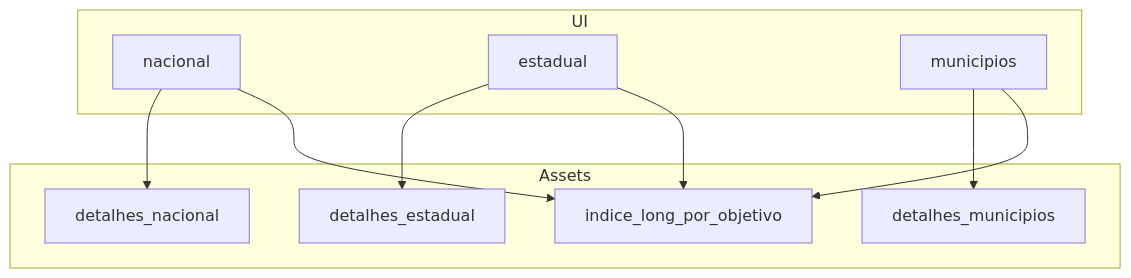
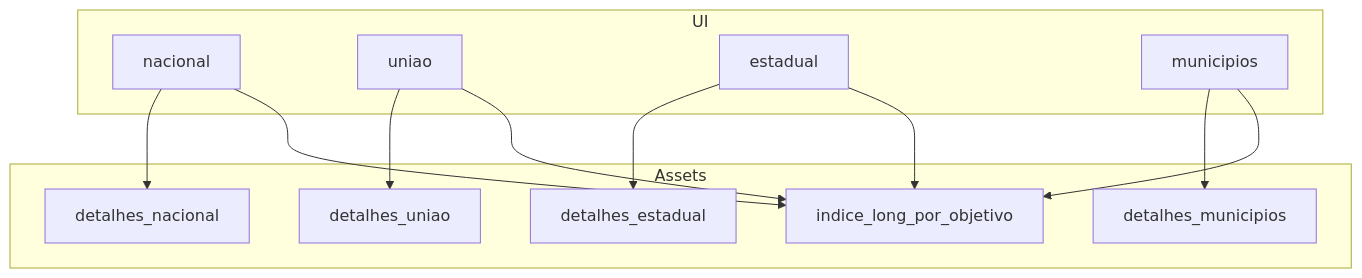
One commit to obsgovdigital/observatorio-gov-digital changed the first of 2 diagrams in docs/03-dados/escopos-e-schema.md. Above: the diagram before and after it, drawn with Mermaid. The commit also changed other lines of this file and 24 other files, not shown here.

````diff
--- a/docs/03-dados/escopos-e-schema.md
+++ b/docs/03-dados/escopos-e-schema.md
@@ -22,20 +23,24 @@
 ```mermaid
 flowchart TB
   subgraph ui [UI]
-    F[nacional]
+    N[nacional]
+    U[uniao]
     E[estadual]
     M[municipios]
   end
   subgraph assets [Assets]
     DN[detalhes_nacional]
+    DU[detalhes_uniao]
     DE[detalhes_estadual]
     DM[detalhes_municipios]
     Long[indice_long_por_objetivo]
   end
-  F --> DN
+  N --> DN
+  U --> DU
   E --> DE
   M --> DM
-  F --> Long
+  N --> Long
+  U --> Long
   E --> Long
   M --> Long
 ```
````
